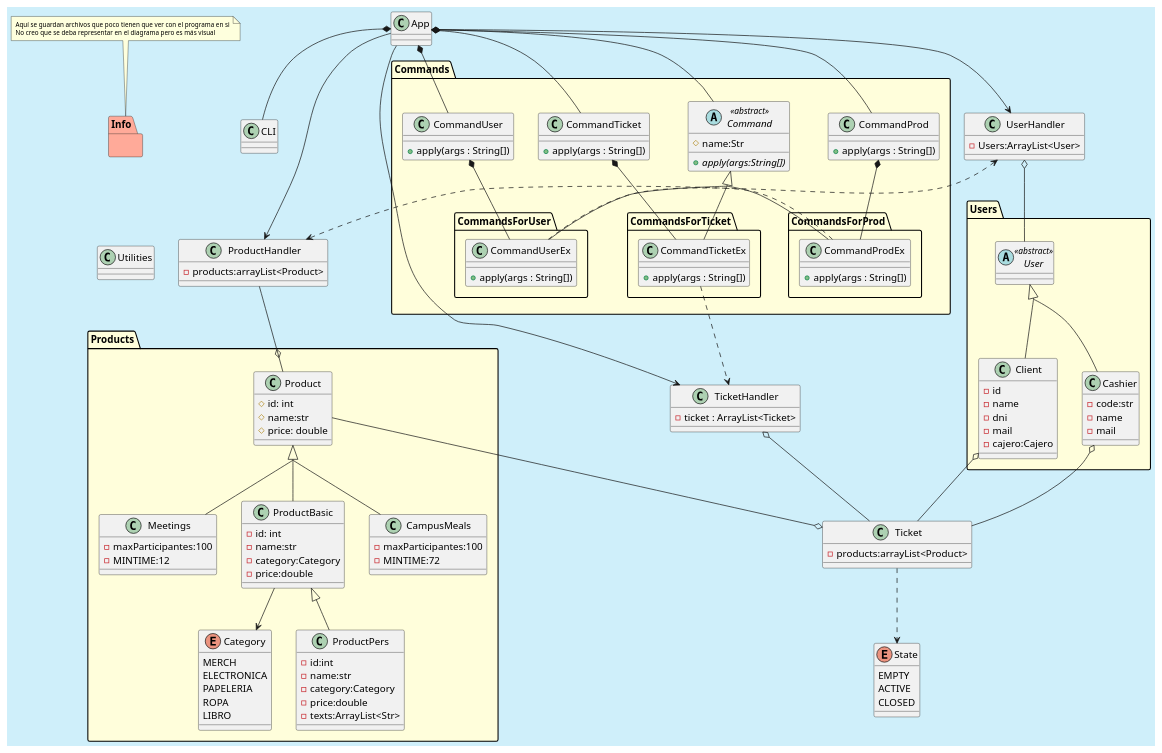
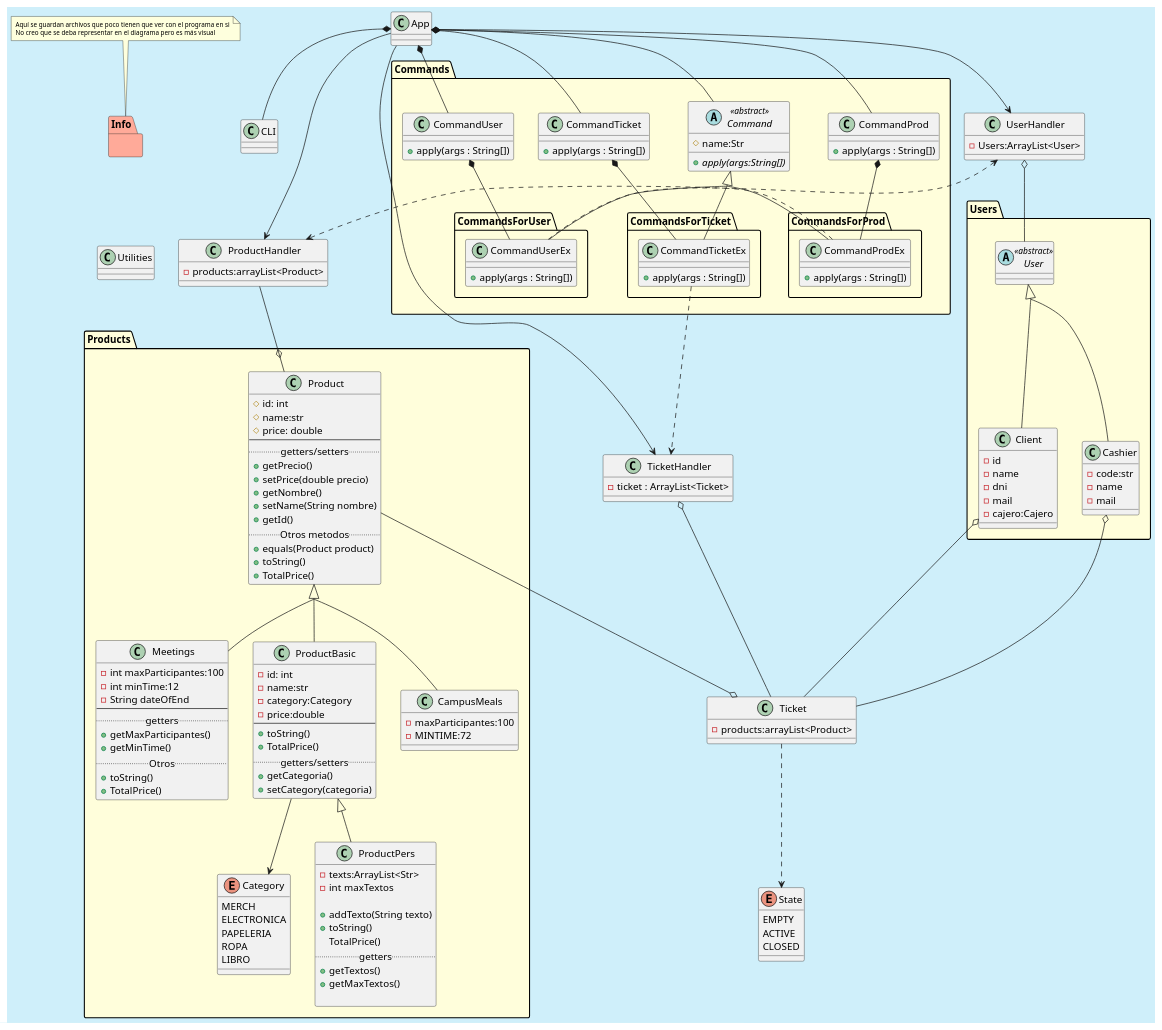
Before and after one commit to MarcosAus/tienda_upm: the diagram in src/main/java/es/upm/etsisi/poo/Info/tienda_upm_diagramav2.puml, drawn with PlantUML. The commit also changed 8 other files, not shown here.

Commit message:
Version final y completa del uml creada y terminada. Se han agregado unos fixme donde hacen falta corregir errores.

```diff
--- a/src/main/java/es/upm/etsisi/poo/Info/tienda_upm_diagramav2.puml
+++ b/src/main/java/es/upm/etsisi/poo/Info/tienda_upm_diagramav2.puml
@@ -23,9 +23,20 @@
 Class App {}
 class CLI {}
 class Products.Product  {
-#id: int
-#name:str
-#price: double
+    #id: int
+    #name:str
+    #price: double
+    --
+    ..getters/setters..
+    +getPrecio()
+    +setPrice(double precio)
+    +getNombre()
+    +setName(String nombre)
+    +getId()
+    ..Otros metodos..
+    +equals(Product product)
+    +toString()
+    +TotalPrice()
 }
 
 class ProductHandler {
@@ -54,11 +65,16 @@
 
 
 class Products.ProductBasic{
-
--id: int
--name:str
--category:Category
--price:double
+    -id: int
+    -name:str
+    -category:Category
+    -price:double
+    --
+    +toString()
+    +TotalPrice()
+    ..getters/setters..
+    +getCategoria()
+    +setCategory(categoria)
 }
 
 enum Products.Category {
@@ -72,12 +88,16 @@
 Product <|-- ProductBasic
 
 class Products.ProductPers{
+    -texts:ArrayList<Str>
+    -int maxTextos
 
--id:int
--name:str
--category:Category
--price:double
--texts:ArrayList<Str>
+    +addTexto(String texto)
+    +toString()
+    TotalPrice()
+    ..getters..
+    +getTextos()
+    +getMaxTextos()
+
 }
 ProductBasic <|--  ProductPers
 
@@ -88,8 +108,16 @@
 
 
 class Products.Meetings{
--maxParticipantes:100
--MINTIME:12
+    -int maxParticipantes:100
+    -int minTime:12
+    -String dateOfEnd
+    --
+    ..getters..
+    +getMaxParticipantes()
+    +getMinTime()
+    ..Otros..
+    +toString()
+    +TotalPrice()
 }
 
 Product <|-- CampusMeals
```
